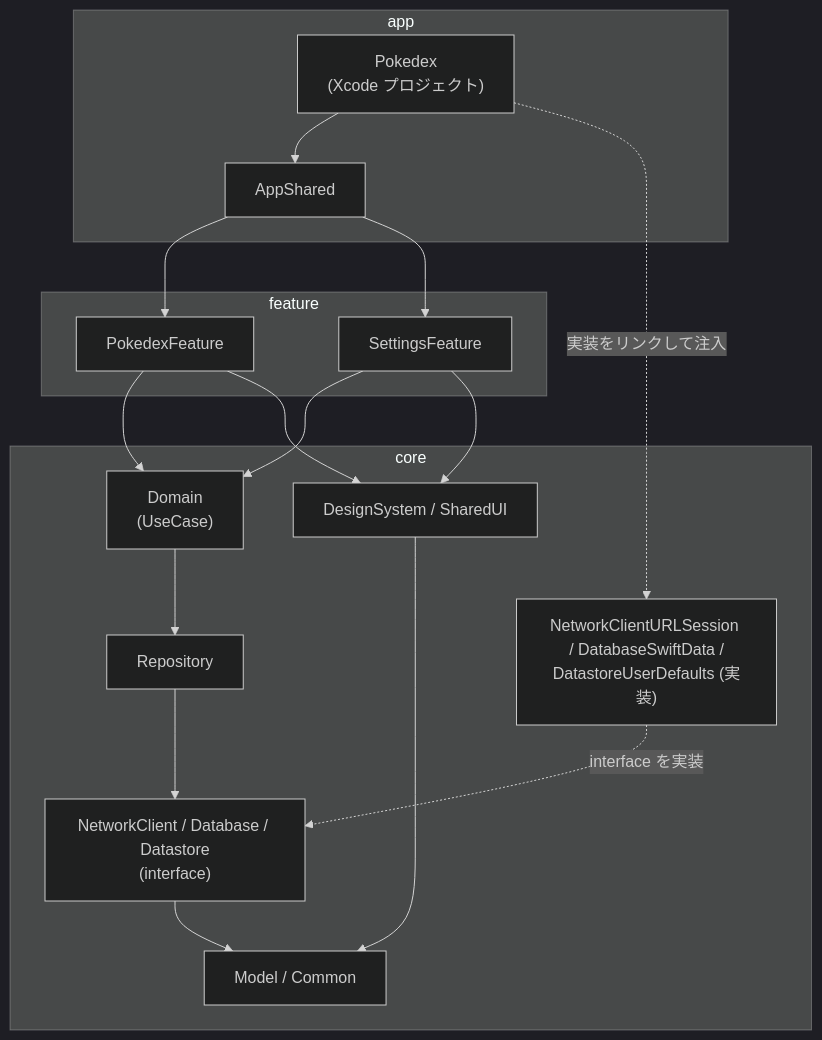
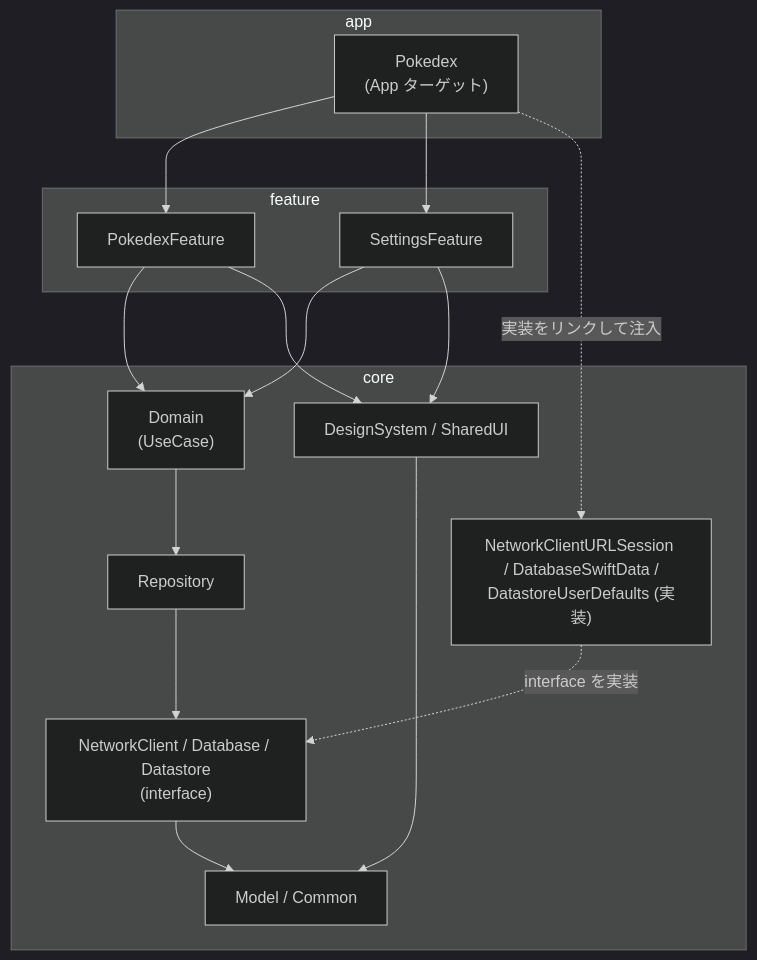
One commit to chippy-ao/swift-pokedex changed the first of 4 diagrams in docs/architecture.md. Above: the diagram before and after it, drawn with Mermaid (dark theme). The commit also changed other lines of this file and 5 other files, not shown here.

Commit message:
docs: AppShared をやめて骨組みで決めたことを反映

````diff
--- a/docs/architecture.md
+++ b/docs/architecture.md
@@ -35,33 +35,31 @@
 ```mermaid
 flowchart TD
     subgraph app["app"]
-        Pokedex["Pokedex<br/>(Xcode プロジェクト)"]
-        AppShared["AppShared"]
+        Pokedex["Pokedex<br/>(App ターゲット)"]
     end
     subgraph feature["feature"]
         PokedexFeature["PokedexFeature"]
         SettingsFeature["SettingsFeature"]
     end
     subgraph core["core"]
         Domain["Domain<br/>(UseCase)"]
         UI["DesignSystem / SharedUI"]
         Repository["Repository"]
         Interfaces["NetworkClient / Database / Datastore<br/>(interface)"]
         Model["Model / Common"]
         Impl["NetworkClientURLSession / DatabaseSwiftData /<br/>DatastoreUserDefaults (実装)"]
     end
 
-    Pokedex --> AppShared
+    Pokedex --> PokedexFeature
+    Pokedex --> SettingsFeature
     Pokedex -.->|"実装をリンクして注入"| Impl
-    AppShared --> PokedexFeature
-    AppShared --> SettingsFeature
     PokedexFeature --> Domain
     SettingsFeature --> Domain
     PokedexFeature --> UI
     SettingsFeature --> UI
     Domain --> Repository
     Repository --> Interfaces
     Interfaces --> Model
     UI --> Model
     Impl -.->|"interface を実装"| Interfaces
 ```
````
